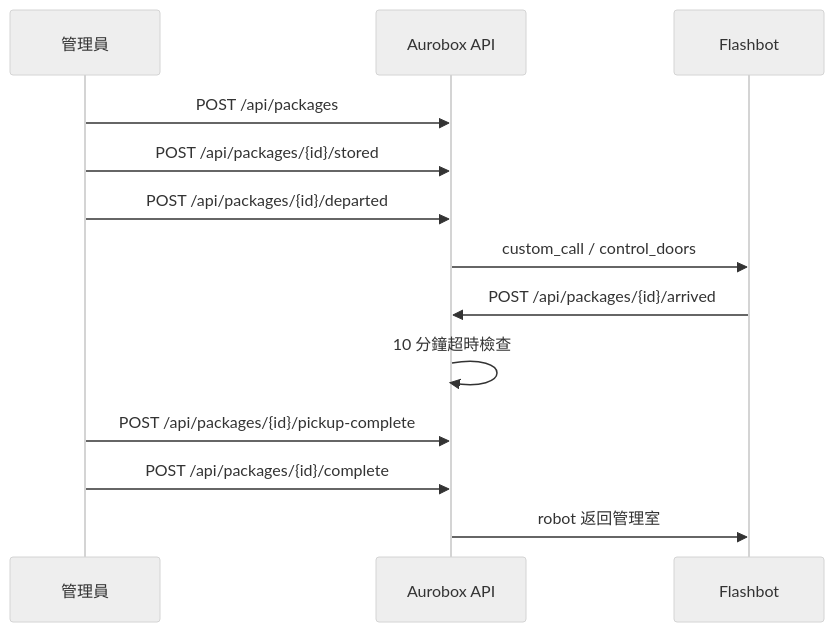
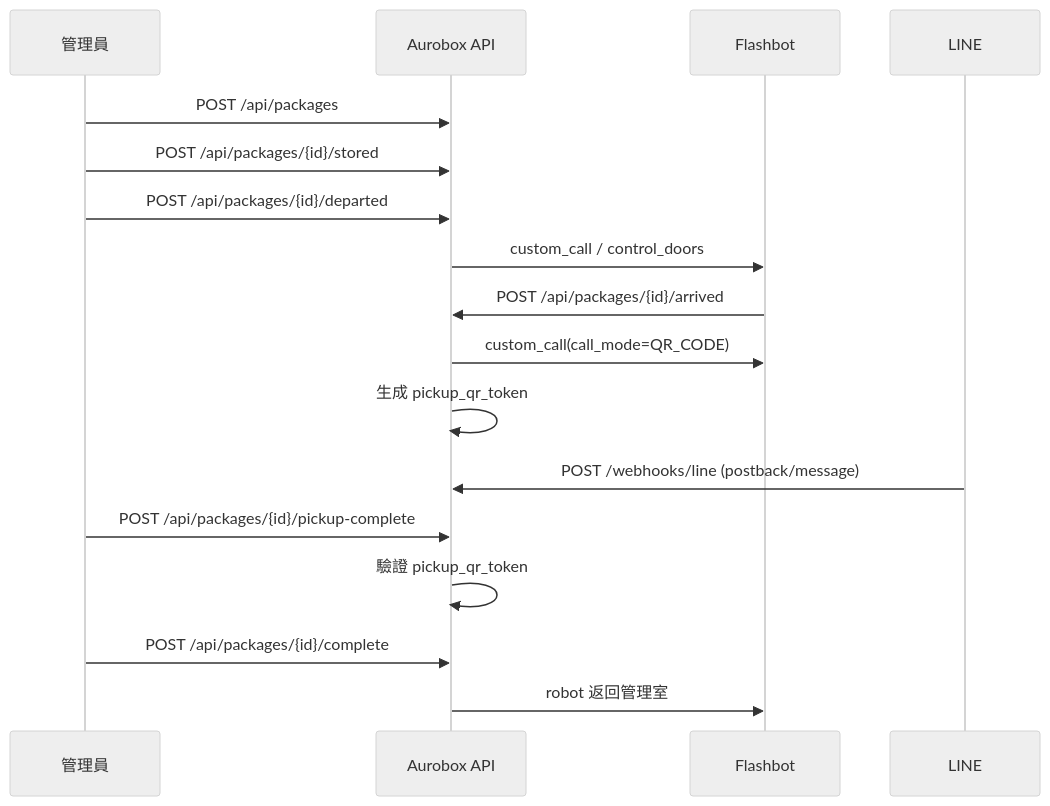
One commit to Liao-YuSheng/Aurobox changed the second of 2 diagrams in README.md. Above: the diagram before and after it, drawn with Mermaid (neutral theme). The commit also changed other lines of this file and 7 other files, not shown here.

Commit message:
add pickup_qr_token and update REPORT & README

````diff
--- a/README.md
+++ b/README.md
@@ -175,16 +211,20 @@
 ```mermaid
 sequenceDiagram
 	participant M as 管理員
 	participant API as Aurobox API
 	participant R as Flashbot
+	participant L as LINE
 
 	M->>API: POST /api/packages
 	M->>API: POST /api/packages/{id}/stored
 	M->>API: POST /api/packages/{id}/departed
 	API->>R: custom_call / control_doors
 	R->>API: POST /api/packages/{id}/arrived
-	API->>API: 10 分鐘超時檢查
+	API->>R: custom_call(call_mode=QR_CODE)
+	API->>API: 生成 pickup_qr_token
+	L->>API: POST /webhooks/line (postback/message)
 	M->>API: POST /api/packages/{id}/pickup-complete
+	API->>API: 驗證 pickup_qr_token
 	M->>API: POST /api/packages/{id}/complete
 	API->>R: robot 返回管理室
 ```
````
